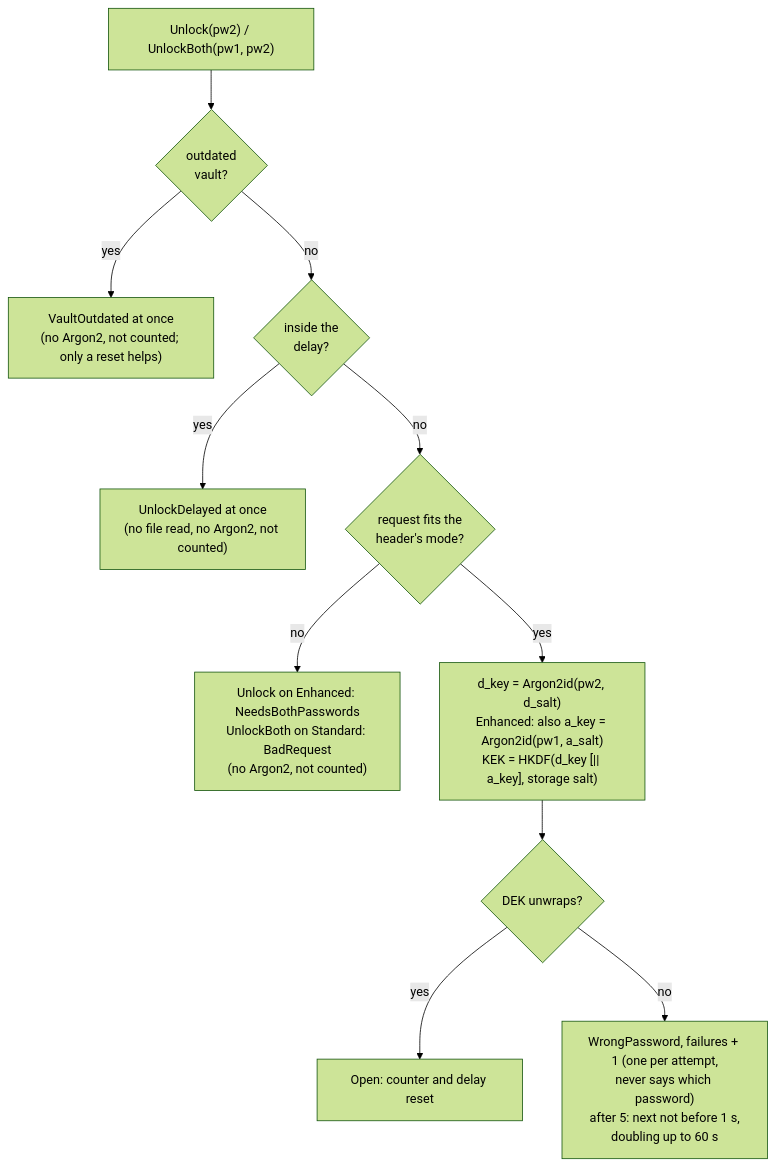
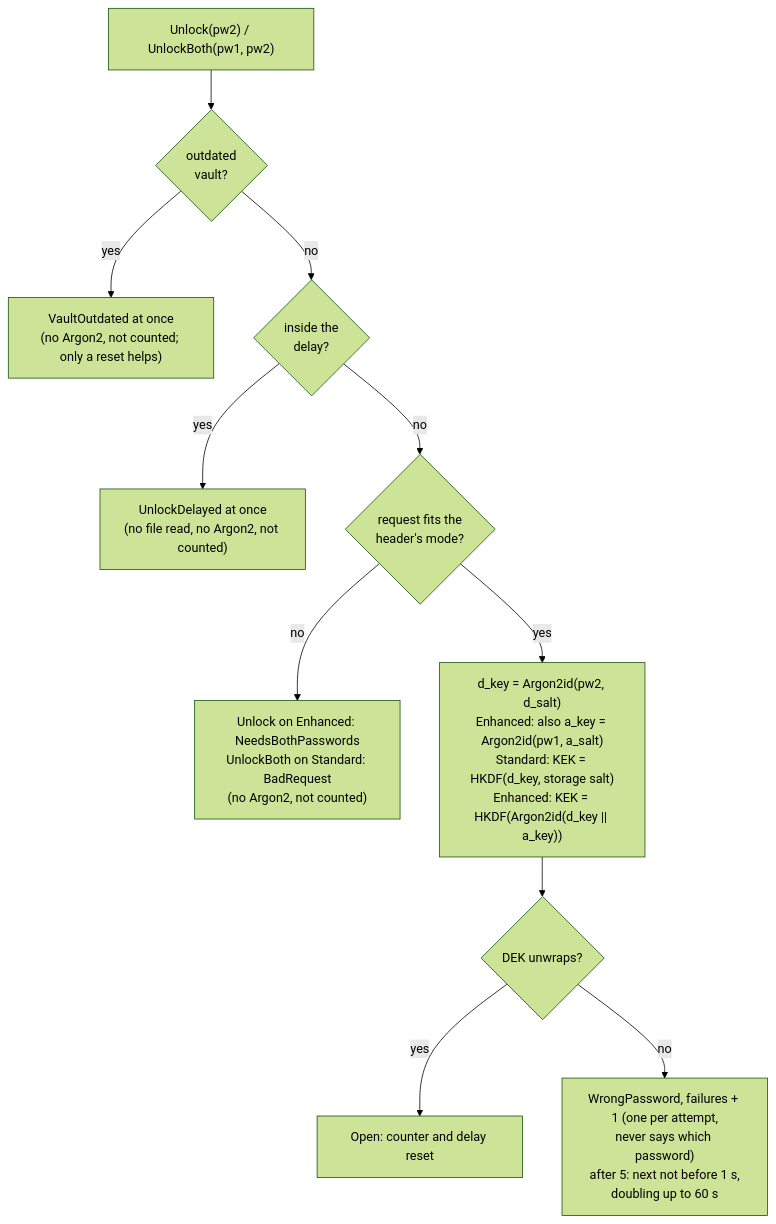
The third of 3 diagrams in docs/diagrams/daemon-states.md (czarekkdev/cesaconn), drawn with Mermaid (forest theme) before and after one commit. The commit also changed 10 other files, not shown here.

````diff
--- a/docs/diagrams/daemon-states.md
+++ b/docs/diagrams/daemon-states.md
@@ -41,13 +41,13 @@
 ```mermaid
 flowchart TB
     u["Unlock(pw2) / UnlockBoth(pw1, pw2)"] --> old{"outdated<br/>vault?"}
     old -- yes --> outdated["VaultOutdated at once<br/>(no Argon2, not counted; only a reset helps)"]
     old -- no --> wait{"inside the<br/>delay?"}
     wait -- yes --> delayed["UnlockDelayed at once<br/>(no file read, no Argon2, not counted)"]
     wait -- no --> mode{"request fits the<br/>header's mode?"}
     mode -- no --> wrongreq["Unlock on Enhanced: NeedsBothPasswords<br/>UnlockBoth on Standard: BadRequest<br/>(no Argon2, not counted)"]
-    mode -- yes --> derive["d_key = Argon2id(pw2, d_salt)<br/>Enhanced: also a_key = Argon2id(pw1, a_salt)<br/>KEK = HKDF(d_key [|| a_key], storage salt)"]
+    mode -- yes --> derive["d_key = Argon2id(pw2, d_salt)<br/>Enhanced: also a_key = Argon2id(pw1, a_salt)<br/>Standard: KEK = HKDF(d_key, storage salt)<br/>Enhanced: KEK = HKDF(Argon2id(d_key || a_key))"]
     derive --> open{"DEK unwraps?"}
     open -- yes --> ok["Open: counter and delay reset"]
     open -- no --> wrong["WrongPassword, failures + 1 (one per attempt,<br/>never says which password)<br/>after 5: next not before 1 s,<br/>doubling up to 60 s"]
 ```
````
